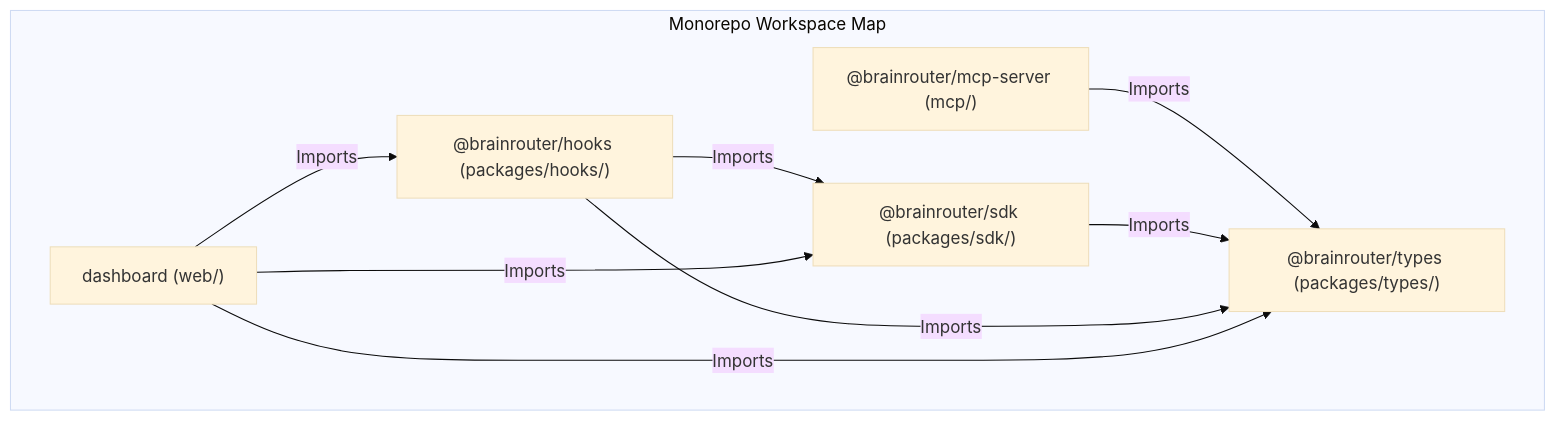
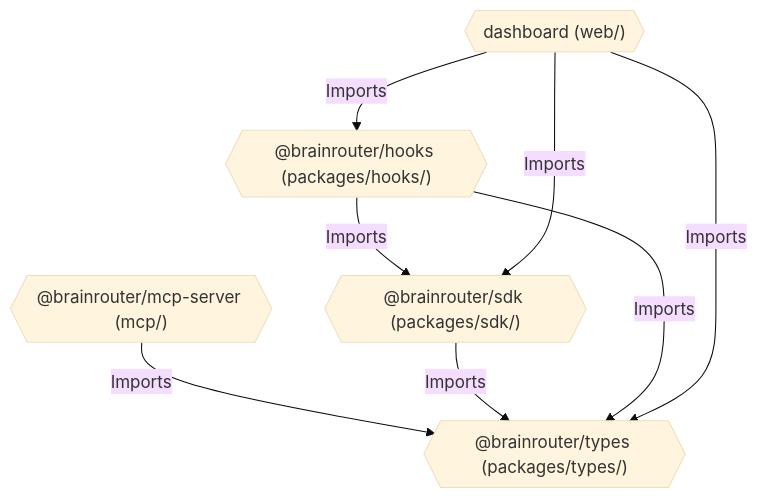
Before and after one commit to kinqsradiollc/BrainRouter: the first of 2 diagrams in README.md, drawn with Mermaid (base theme). The commit also changed other lines of this file, not shown here.

Commit message:
docs: restructure README to enterprise layout and highlight core architecture

````diff
--- a/README.md
+++ b/README.md
@@ -15,18 +26,16 @@
 ```mermaid
 graph TD
-    subgraph "Monorepo Workspace Map"
-        mcp_server["@brainrouter/mcp-server (mcp/)"]
-        web_dashboard["dashboard (web/)"]
-        sdk["@brainrouter/sdk (packages/sdk/)"]
-        hooks["@brainrouter/hooks (packages/hooks/)"]
-        types["@brainrouter/types (packages/types/)"]
-        
-        mcp_server -->|Imports| types
-        sdk -->|Imports| types
-        hooks -->|Imports| sdk
-        hooks -->|Imports| types
-        web_dashboard -->|Imports| hooks
-        web_dashboard -->|Imports| sdk
-        web_dashboard -->|Imports| types
-    end
+    mcp_server{{"@brainrouter/mcp-server (mcp/)"}}
+    web_dashboard{{"dashboard (web/)"}}
+    sdk{{"@brainrouter/sdk (packages/sdk/)"}}
+    hooks{{"@brainrouter/hooks (packages/hooks/)"}}
+    types{{"@brainrouter/types (packages/types/)"}}
+    
+    mcp_server -->|Imports| types
+    sdk -->|Imports| types
+    hooks -->|Imports| sdk
+    hooks -->|Imports| types
+    web_dashboard -->|Imports| hooks
+    web_dashboard -->|Imports| sdk
+    web_dashboard -->|Imports| types
 ```
````
